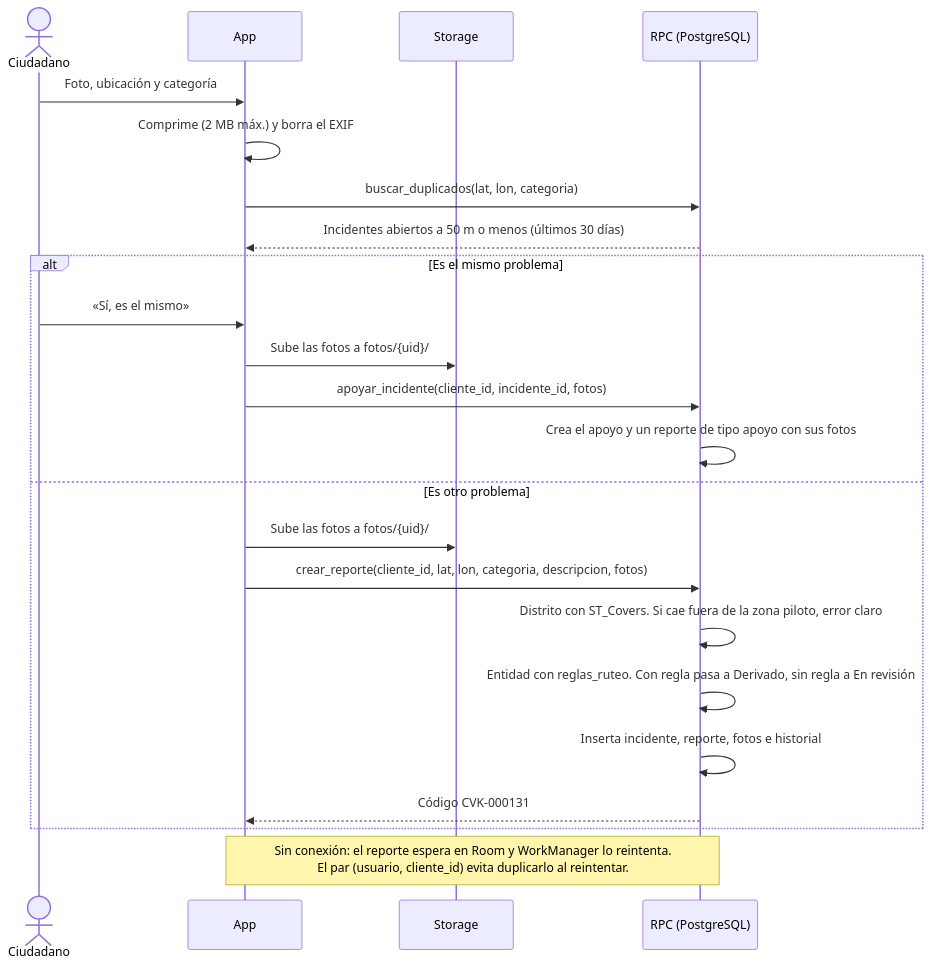
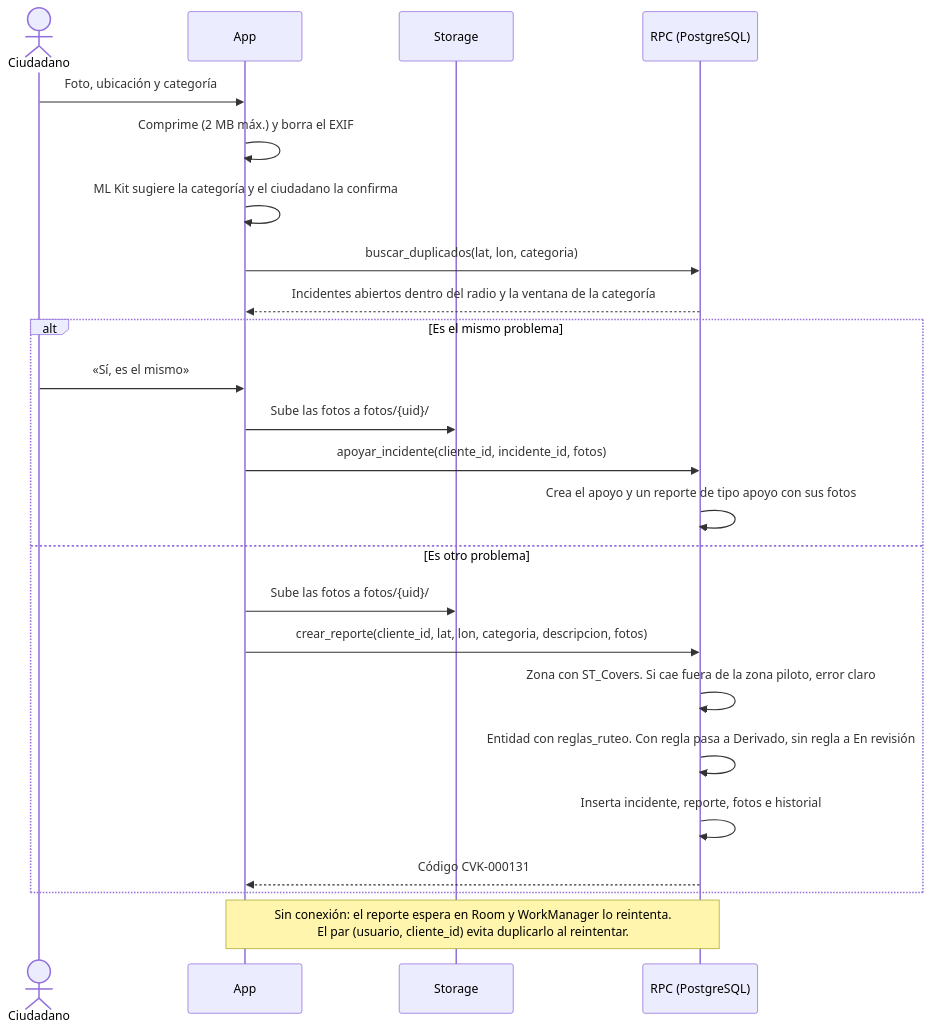
Before and after one commit to pieersx/app-civika: the third of 5 diagrams in docs/arquitectura.md, drawn with Mermaid. The commit also changed other lines of this file and 2 other files, not shown here.

````diff
--- a/docs/arquitectura.md
+++ b/docs/arquitectura.md
@@ -68,25 +86,26 @@
 ```mermaid
 sequenceDiagram
   actor C as Ciudadano
   participant A as App
   participant S as Storage
   participant R as RPC (PostgreSQL)
   C->>A: Foto, ubicación y categoría
   A->>A: Comprime (2 MB máx.) y borra el EXIF
+  A->>A: ML Kit sugiere la categoría y el ciudadano la confirma
   A->>R: buscar_duplicados(lat, lon, categoria)
-  R-->>A: Incidentes abiertos a 50 m o menos (últimos 30 días)
+  R-->>A: Incidentes abiertos dentro del radio y la ventana de la categoría
   alt Es el mismo problema
     C->>A: «Sí, es el mismo»
     A->>S: Sube las fotos a fotos/{uid}/
     A->>R: apoyar_incidente(cliente_id, incidente_id, fotos)
     R->>R: Crea el apoyo y un reporte de tipo apoyo con sus fotos
   else Es otro problema
     A->>S: Sube las fotos a fotos/{uid}/
     A->>R: crear_reporte(cliente_id, lat, lon, categoria, descripcion, fotos)
-    R->>R: Distrito con ST_Covers. Si cae fuera de la zona piloto, error claro
+    R->>R: Zona con ST_Covers. Si cae fuera de la zona piloto, error claro
     R->>R: Entidad con reglas_ruteo. Con regla pasa a Derivado, sin regla a En revisión
     R->>R: Inserta incidente, reporte, fotos e historial
     R-->>A: Código CVK-000131
   end
   Note over A,R: Sin conexión: el reporte espera en Room y WorkManager lo reintenta.<br/>El par (usuario, cliente_id) evita duplicarlo al reintentar.
 ```
````
